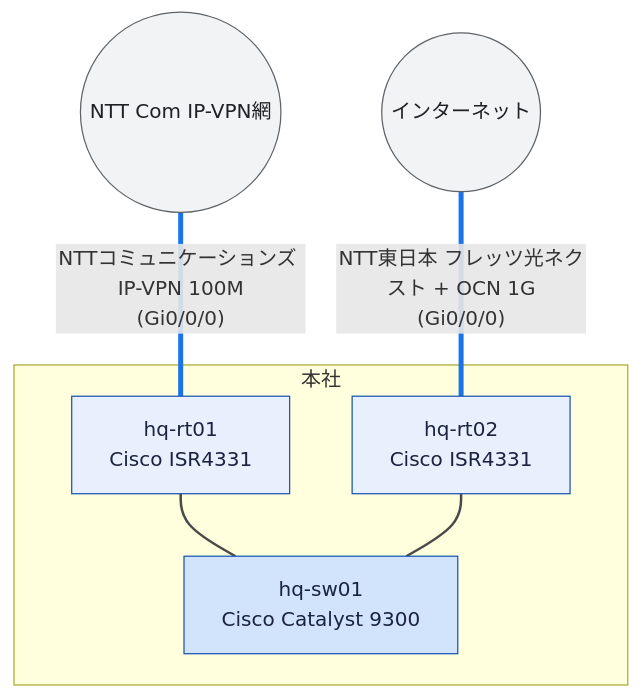
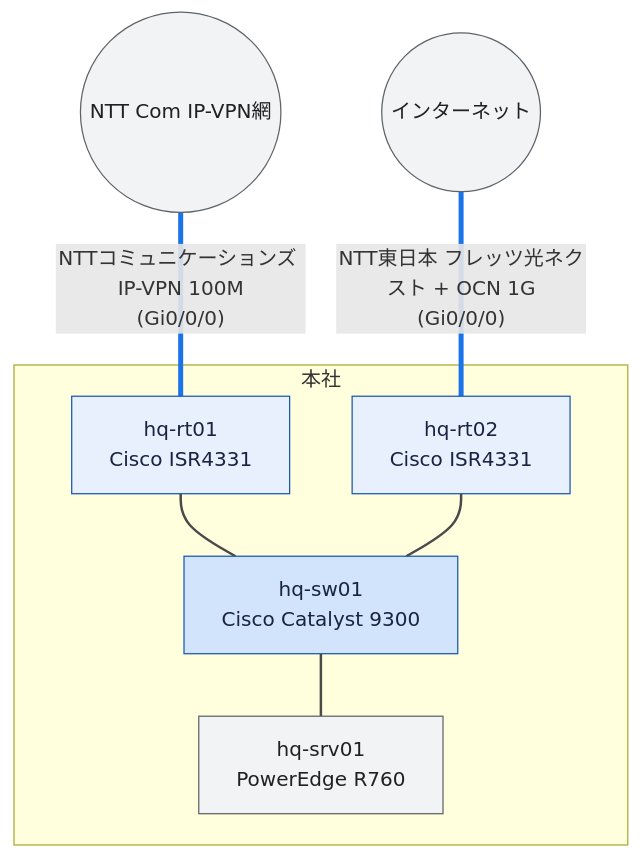
Before and after one commit to thinas1115/nwdsl: the diagram in examples/sample-corp/generated/hq-physical.mmd, drawn with Mermaid. The commit also changed 40 other files, not shown here.

First line of the commit message:
論理図でセグメント配下の端末を入れ子表示する機能を追加 (ADR-0009)

```diff
--- a/examples/sample-corp/generated/hq-physical.mmd
+++ b/examples/sample-corp/generated/hq-physical.mmd
@@ -1,29 +1,32 @@
 flowchart TB
   subgraph sg_hq["本社"]
     hq_rt01["hq-rt01<br>Cisco ISR4331"]
     hq_sw01["hq-sw01<br>Cisco Catalyst 9300"]
     hq_rt02["hq-rt02<br>Cisco ISR4331"]
+    hq_srv01["hq-srv01<br>PowerEdge R760"]
   end
   ipvpn(("NTT Com IP-VPN網"))
   internet(("インターネット"))
   hq_rt01 --- hq_sw01
   hq_rt02 --- hq_sw01
+  hq_sw01 --- hq_srv01
   ipvpn ---|"NTTコミュニケーションズ IP-VPN 100M<br>(Gi0/0/0)"| hq_rt01
   internet ---|"NTT東日本 フレッツ光ネクスト + OCN 1G<br>(Gi0/0/0)"| hq_rt02
 
   classDef node_dim fill:#f8f9fa,stroke:#dadce0,color:#bdc1c6
   classDef node_failed fill:#fce8e6,stroke:#c5221f,color:#3c1a19
   classDef role_router fill:#e8f0fe,stroke:#1a56b0,color:#1a2340
   classDef role_l3switch fill:#d2e3fc,stroke:#1a56b0,color:#1a2340
   classDef role_l2switch fill:#e6f4ea,stroke:#137333,color:#1a2e1f
   classDef role_firewall fill:#fce8e6,stroke:#c5221f,color:#3c1a19
   classDef role_other fill:#f1f3f4,stroke:#5f6368,color:#202124
   classDef node_cloud fill:#f1f3f4,stroke:#5f6368,color:#202124
   classDef node_site fill:#fff8e1,stroke:#b58105,color:#4a3a08
   classDef node_segment fill:#e2f5f0,stroke:#0f766e,color:#0b3d38
   classDef node_external fill:#ffffff,stroke:#9aa0a6,stroke-dasharray:3 3,color:#5f6368
   class hq_rt01,hq_rt02 role_router
   class hq_sw01 role_l3switch
+  class hq_srv01 role_other
   class ipvpn,internet node_cloud
-  linkStyle 0,1 stroke:#4a4a4a,stroke-width:2px
-  linkStyle 2,3 stroke:#1a73e8,stroke-width:4px
+  linkStyle 0,1,2 stroke:#4a4a4a,stroke-width:2px
+  linkStyle 3,4 stroke:#1a73e8,stroke-width:4px
```
